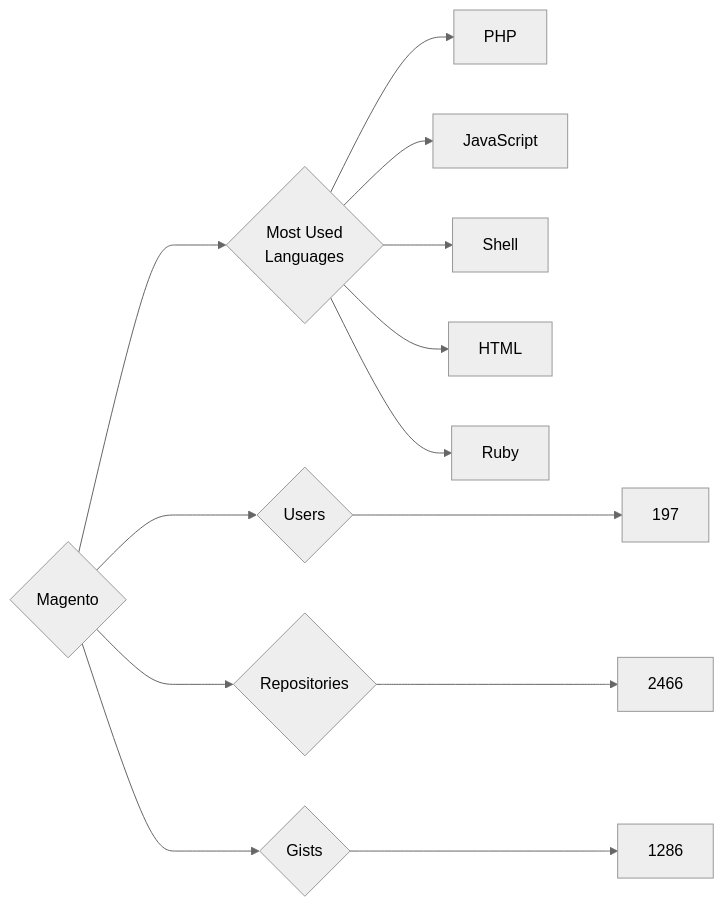
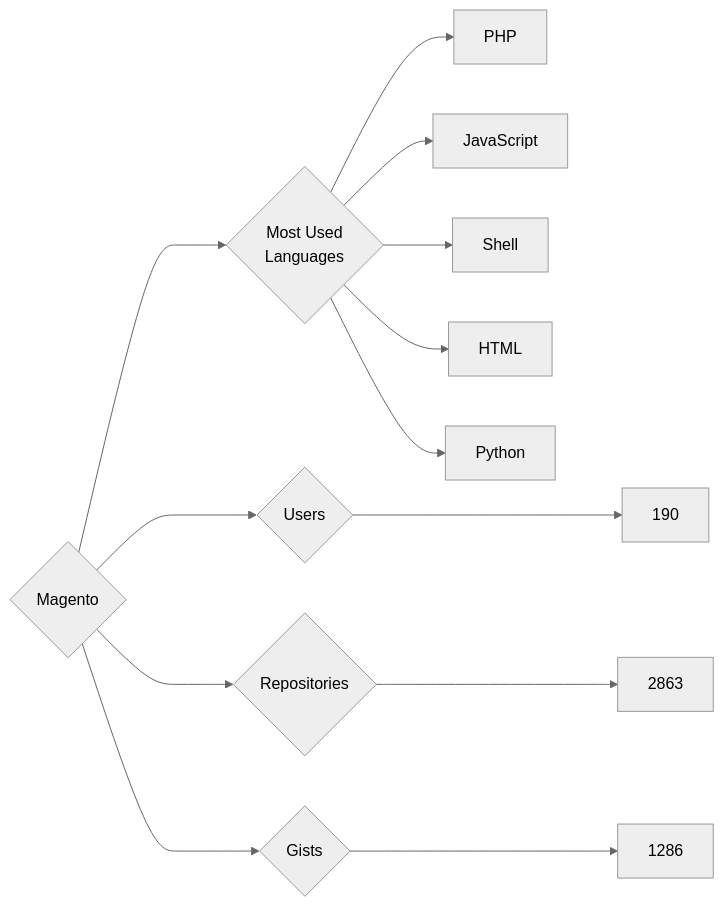
Before and after one commit to trickest/insiders: the diagram in targets/Magento/README.md, drawn with Mermaid (neutral theme). The commit also changed 874 other files, not shown here.

````diff
--- a/targets/Magento/README.md
+++ b/targets/Magento/README.md
@@ -3,13 +3,13 @@
 ```mermaid
 graph LR
 COMPANY_NAME{Magento}
-COMPANY_NAME ---> U{Users} ---> UN[197]
-COMPANY_NAME ---> R{Repositories} ---> RN[2466]
+COMPANY_NAME ---> U{Users} ---> UN[190]
+COMPANY_NAME ---> R{Repositories} ---> RN[2863]
 COMPANY_NAME ---> G{Gists} ---> GN[1286]
 COMPANY_NAME ---> ML{Most Used<br>Languages}
 ML --> PHP[PHP]
 ML --> JavaScript[JavaScript]
 ML --> Shell[Shell]
 ML --> HTML[HTML]
-ML --> Ruby[Ruby]
+ML --> Python[Python]
 ```
````
